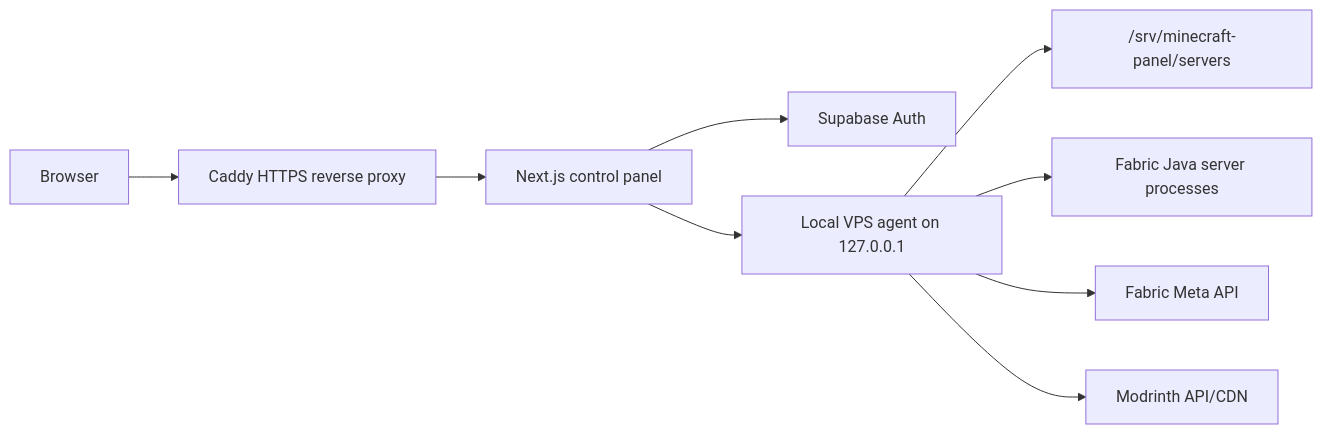
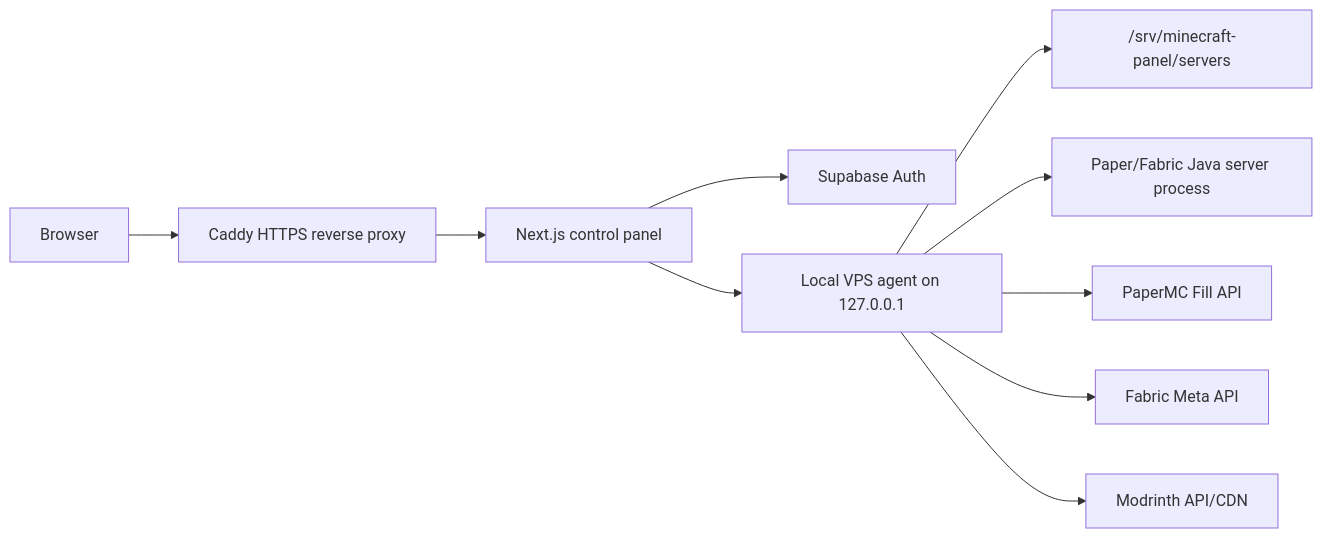
One commit to medriid/New-project-2 changed the diagram in README.md. Above: the diagram before and after it, drawn with Mermaid. The commit also changed other lines of this file and 18 other files, not shown here.

````diff
--- a/README.md
+++ b/README.md
@@ -14,11 +17,12 @@
 ```mermaid
 flowchart LR
   Browser["Browser"] --> Caddy["Caddy HTTPS reverse proxy"]
   Caddy --> Web["Next.js control panel"]
   Web --> Supabase["Supabase Auth"]
   Web --> Agent["Local VPS agent on 127.0.0.1"]
   Agent --> Files["/srv/minecraft-panel/servers"]
-  Agent --> Java["Fabric Java server processes"]
+  Agent --> Java["Paper/Fabric Java server process"]
+  Agent --> Paper["PaperMC Fill API"]
   Agent --> Fabric["Fabric Meta API"]
   Agent --> Modrinth["Modrinth API/CDN"]
 ```
````
